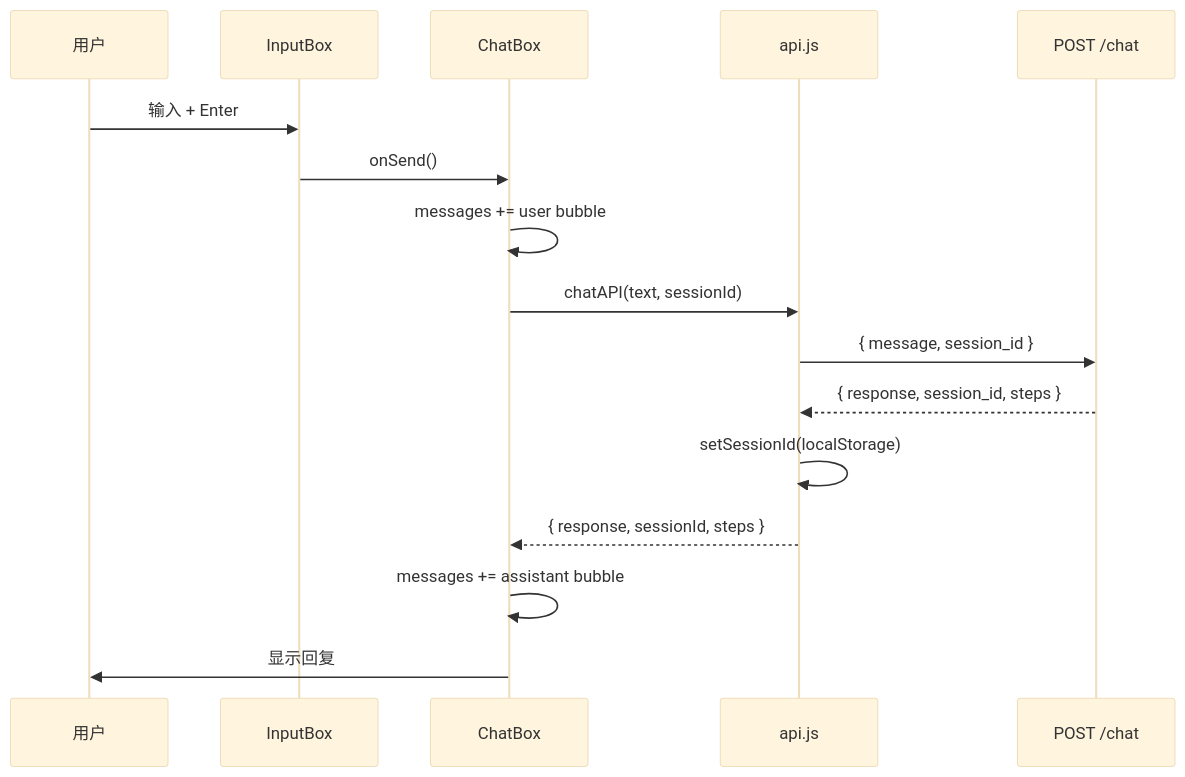
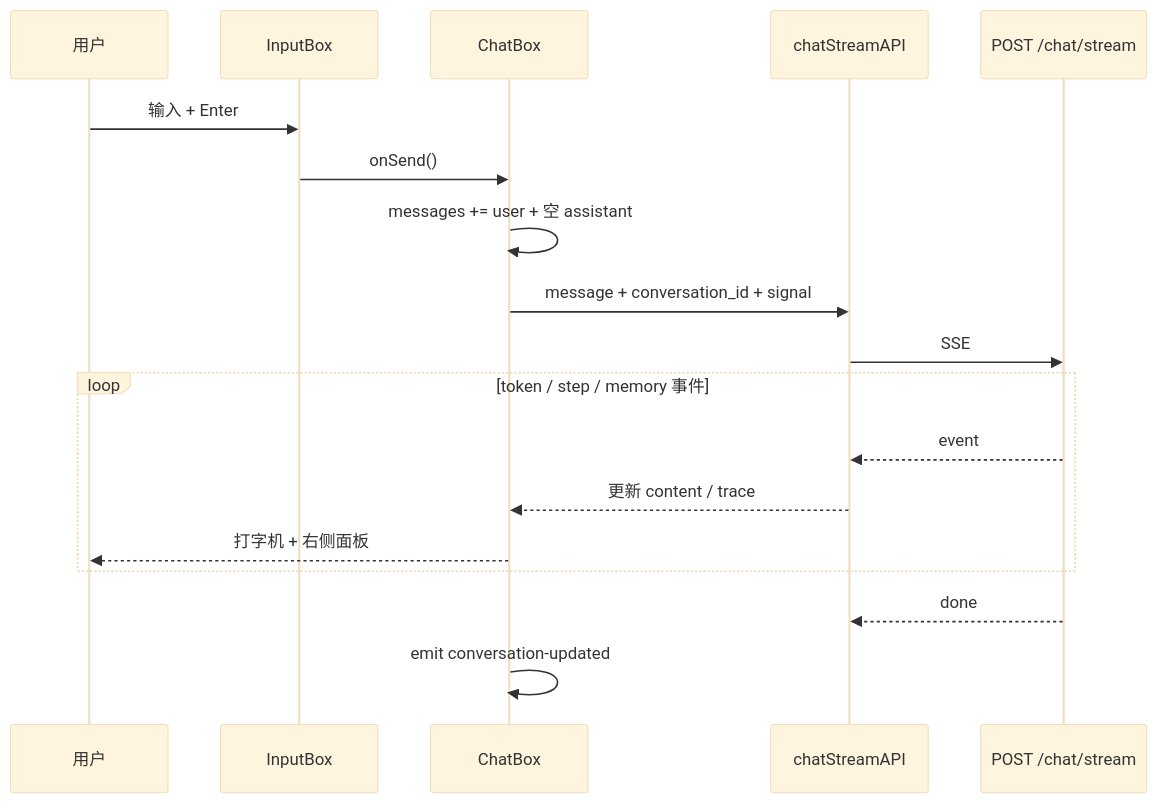
The diagram in docs/frontend.md (fff2817/agent), drawn with Mermaid (base theme) before and after one commit. The commit also changed other lines of this file and 146 other files, not shown here.

````diff
--- a/docs/frontend.md
+++ b/docs/frontend.md
@@ -155,19 +125,21 @@
 ```mermaid
 sequenceDiagram
     participant U as 用户
     participant IB as InputBox
     participant CB as ChatBox
-    participant API as api.js
-    participant BE as POST /chat
+    participant API as chatStreamAPI
+    participant BE as POST /chat/stream
 
     U->>IB: 输入 + Enter
     IB->>CB: onSend()
-    CB->>CB: messages += user bubble
-    CB->>API: chatAPI(text, sessionId)
-    API->>BE: { message, session_id }
-    BE-->>API: { response, session_id, steps }
-    API->>API: setSessionId(localStorage)
-    API-->>CB: { response, sessionId, steps }
-    CB->>CB: messages += assistant bubble
-    CB->>U: 显示回复
+    CB->>CB: messages += user + 空 assistant
+    CB->>API: message + conversation_id + signal
+    API->>BE: SSE
+    loop token / step / memory 事件
+        BE-->>API: event
+        API-->>CB: 更新 content / trace
+        CB-->>U: 打字机 + 右侧面板
+    end
+    BE-->>API: done
+    CB->>CB: emit conversation-updated
 ```
````
